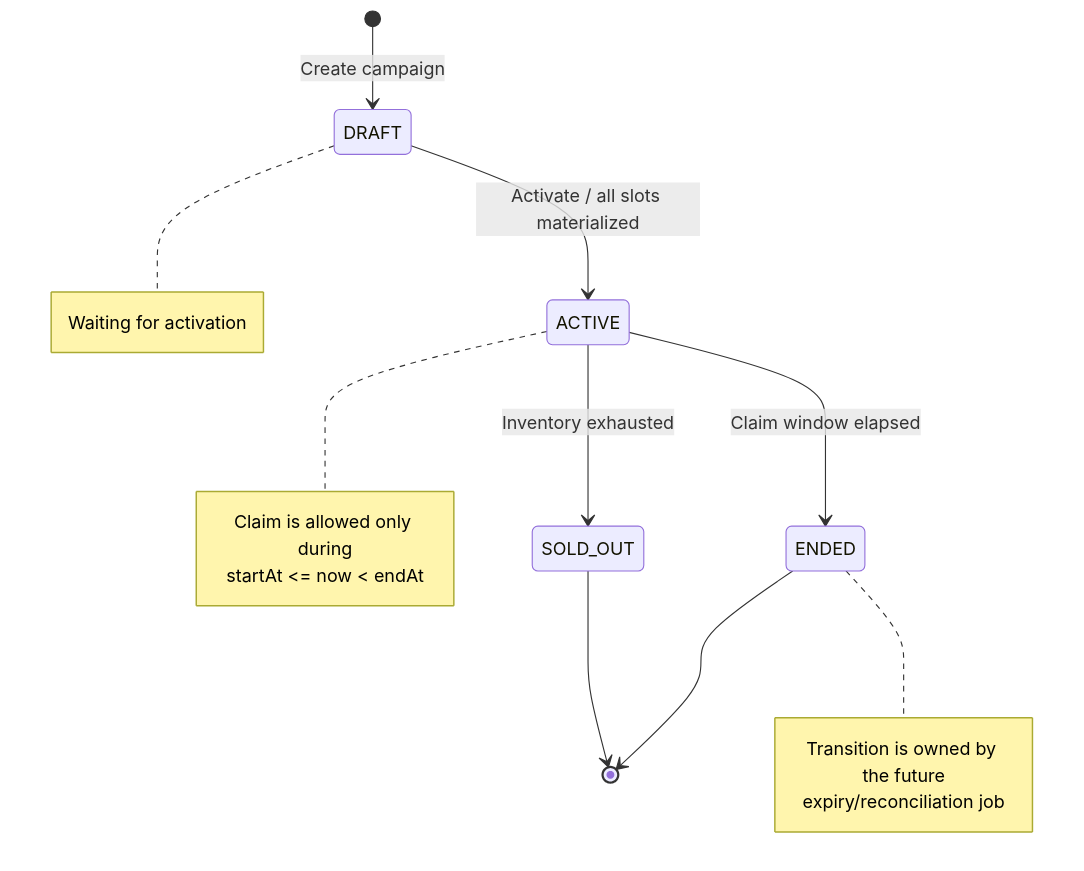
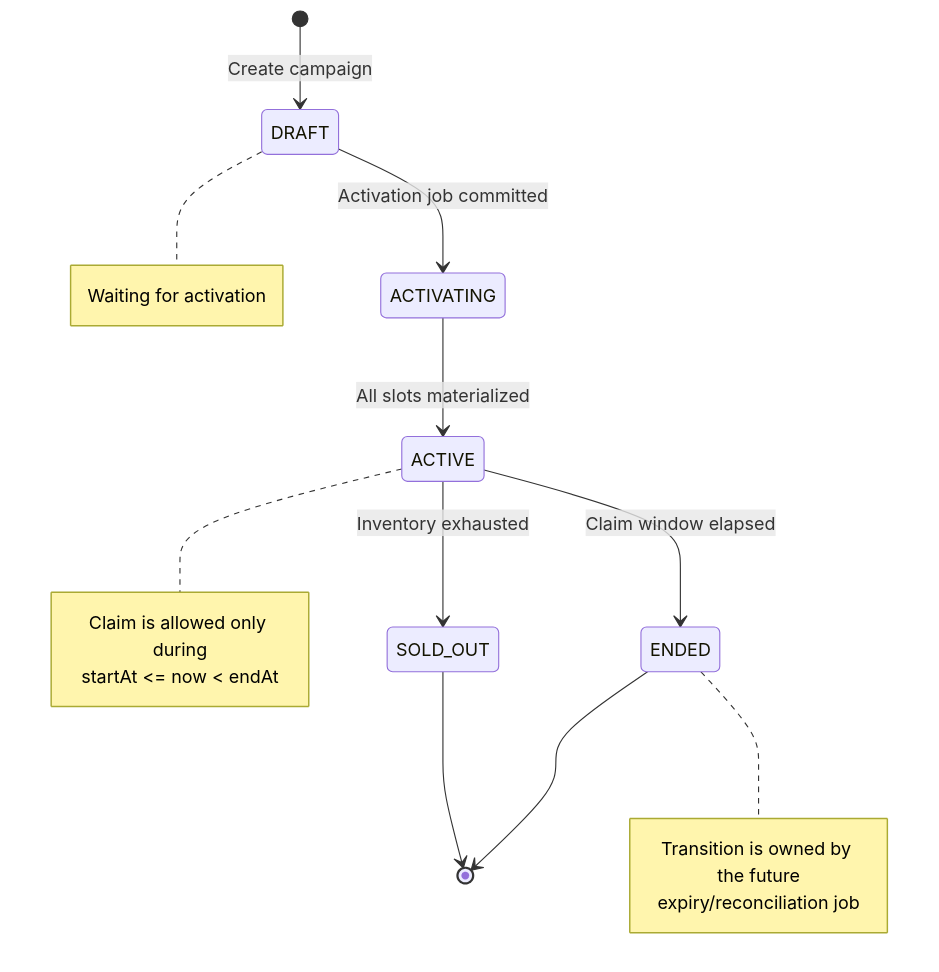
One commit to PhamDinhDuy-2508/Voucher-claim-system changed the third of 14 diagrams in SOLUTION.md. Above: the diagram before and after it, drawn with Mermaid. The commit also changed other lines of this file and 65 other files, not shown here.

````diff
--- a/SOLUTION.md
+++ b/SOLUTION.md
@@ -272,23 +284,24 @@
 ```mermaid
 stateDiagram-v2
     [*] --> DRAFT: Create campaign
-    DRAFT --> ACTIVE: Activate / all slots materialized
+    DRAFT --> ACTIVATING: Activation job committed
+    ACTIVATING --> ACTIVE: All slots materialized
     ACTIVE --> SOLD_OUT: Inventory exhausted
     ACTIVE --> ENDED: Claim window elapsed
     SOLD_OUT --> [*]
     ENDED --> [*]
 
     note right of DRAFT
         Waiting for activation
     end note
 
     note right of ACTIVE
         Claim is allowed only during
         startAt <= now < endAt
     end note
 
     note right of ENDED
         Transition is owned by the future
         expiry/reconciliation job
     end note
 ```
````
